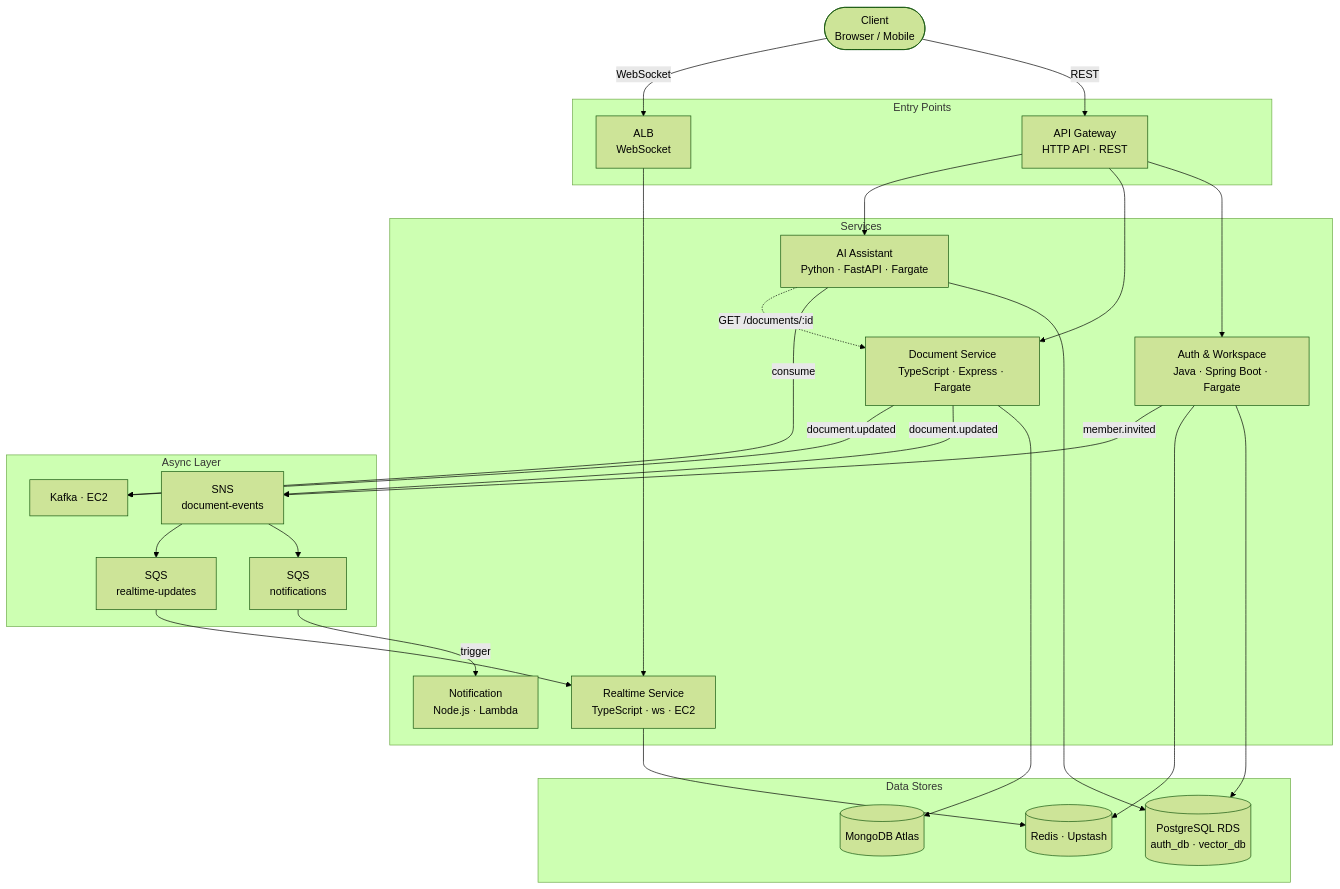
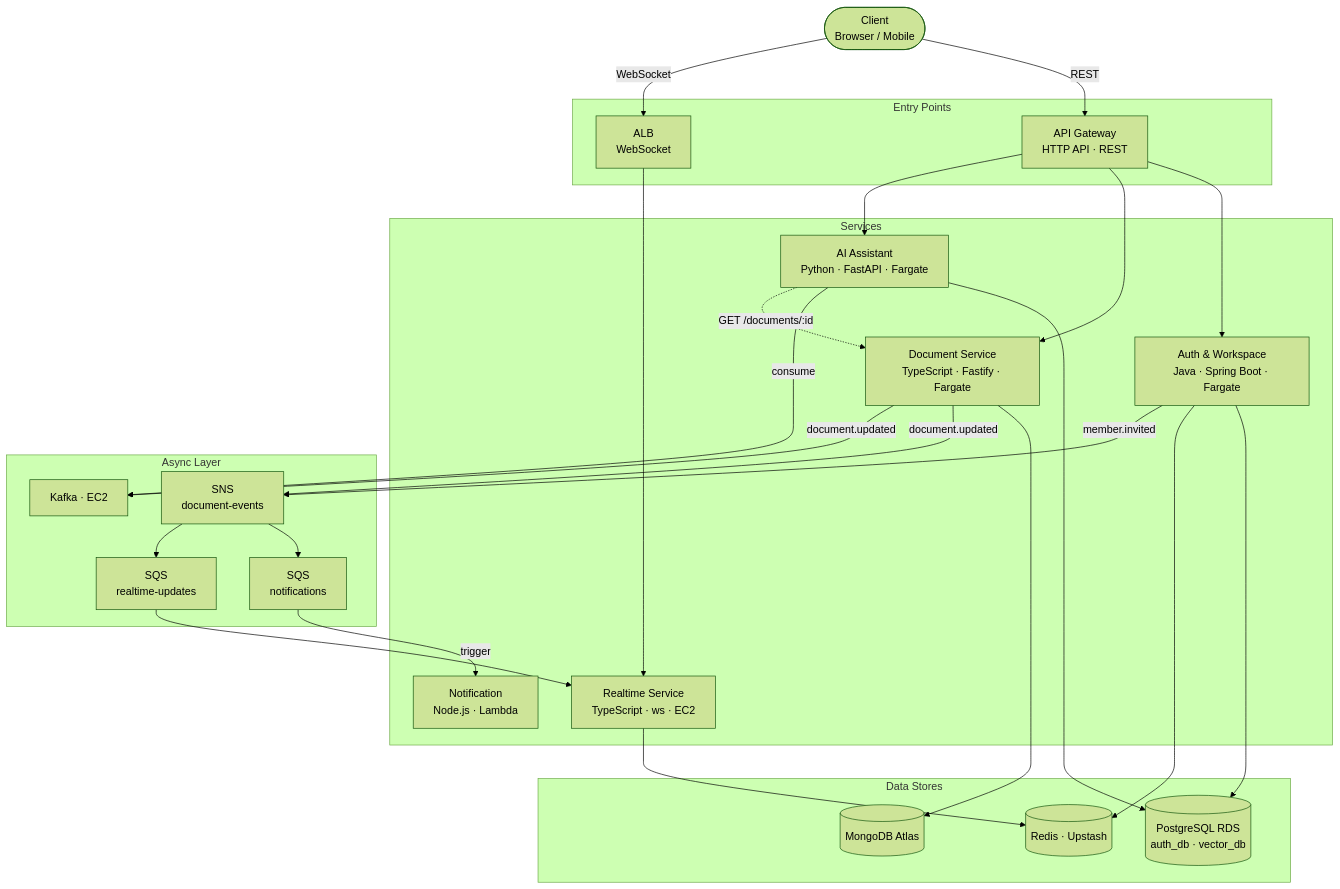
The diagram in docs/02-architecture/system-overview.md (fejes99/CollabSpace), drawn with Mermaid (forest theme) before and after one commit. The commit also changed 8 other files, not shown here.

Commit message:
Update docs: Node.js 22→24, Express→Fastify, auth-workspace scaffold progress

````diff
--- a/docs/02-architecture/system-overview.md
+++ b/docs/02-architecture/system-overview.md
@@ -9,57 +9,57 @@
 ```mermaid
 flowchart TD
     Client(["Client\nBrowser / Mobile"])
 
     subgraph edge["Entry Points"]
         APIGW["API Gateway\nHTTP API · REST"]
         ALB["ALB\nWebSocket"]
     end
 
     subgraph services["Services"]
         AW["Auth & Workspace\nJava · Spring Boot · Fargate"]
-        DS["Document Service\nTypeScript · Express · Fargate"]
+        DS["Document Service\nTypeScript · Fastify · Fargate"]
         RS["Realtime Service\nTypeScript · ws · EC2"]
         AI["AI Assistant\nPython · FastAPI · Fargate"]
         NL["Notification\nNode.js · Lambda"]
     end
 
     subgraph brokers["Async Layer"]
         SNS["SNS\ndocument-events"]
         SQS_N["SQS\nnotifications"]
         SQS_R["SQS\nrealtime-updates"]
         Kafka["Kafka · EC2"]
     end
 
     subgraph data["Data Stores"]
         RDS[("PostgreSQL RDS\nauth_db · vector_db")]
         Mongo[("MongoDB Atlas")]
         Redis[("Redis · Upstash")]
     end
 
     Client -->|REST| APIGW
     Client -->|WebSocket| ALB
 
     APIGW --> AW
     APIGW --> DS
     APIGW --> AI
     ALB --> RS
 
     AW --> RDS
     AW --> Redis
     AW -->|member.invited| SNS
 
     DS --> Mongo
     DS -->|document.updated| SNS
     DS -->|document.updated| Kafka
 
     SNS --> SQS_N
     SNS --> SQS_R
     SQS_N -->|trigger| NL
     SQS_R --> RS
 
     RS --> Redis
 
     AI --> RDS
     AI -->|consume| Kafka
     AI -.->|"GET /documents/:id"| DS
 ```
````
